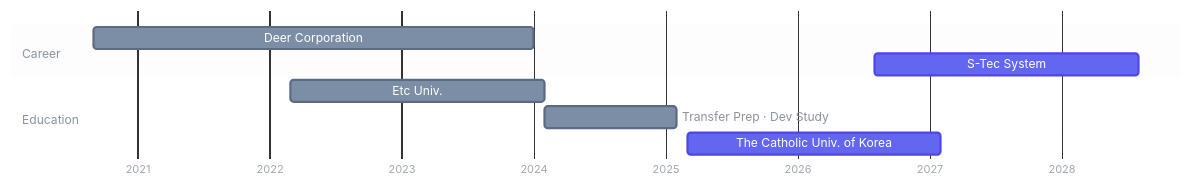
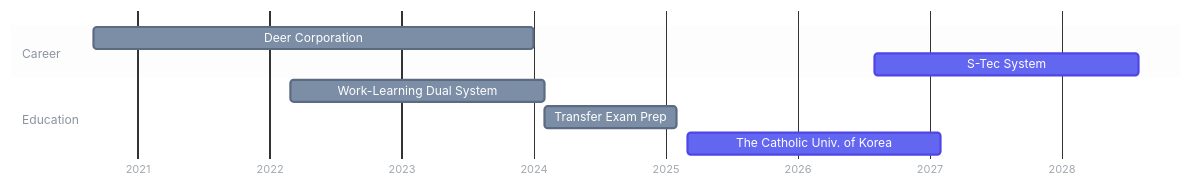
Before and after one commit to Hwasowl/Hwasowl: the diagram in README.md, drawn with Mermaid. The commit also changed other lines of this file, not shown here.

````diff
--- a/README.md
+++ b/README.md
@@ -3,31 +3,31 @@
 ```mermaid
 %%{init: {'theme':'base', 'themeVariables': {
   'fontFamily': '-apple-system, Segoe UI, sans-serif',
   'sectionBkgColor': 'rgba(139,148,158,0.08)',
   'altSectionBkgColor': 'rgba(139,148,158,0.02)',
   'gridColor': 'rgba(139,148,158,0.35)',
   'doneTaskBkgColor': '#7C8DA6',
   'doneTaskBorderColor': '#5B6B82',
   'activeTaskBkgColor': '#6366F1',
   'activeTaskBorderColor': '#4F46E5',
   'taskTextColor': '#FFFFFF',
   'taskTextDarkColor': '#FFFFFF',
   'taskTextLightColor': '#FFFFFF',
   'taskTextOutsideColor': '#8B949E',
   'sectionTitleColor': '#8B949E',
   'titleColor': '#8B949E',
   'textColor': '#8B949E',
   'todayLineColor': '#F43F5E'
 }}}%%
 gantt
     dateFormat YYYY-MM
     axisFormat %Y
     tickInterval 1year
     section Career
     Deer Corporation  :done,   2020-09, 2024-01
     S-Tec System             :active, 2026-08, 2028-08
     section Education
-    Etc Univ. :done,   2022-03, 2024-02
-    Transfer Prep · Dev Study                   :done,   2024-02, 2025-02
+    Work-Learning Dual System :done,   2022-03, 2024-02
+    Transfer Exam Prep                   :done,   2024-02, 2025-02
     The Catholic Univ. of Korea    :active, 2025-03, 2027-02
 ```
````
